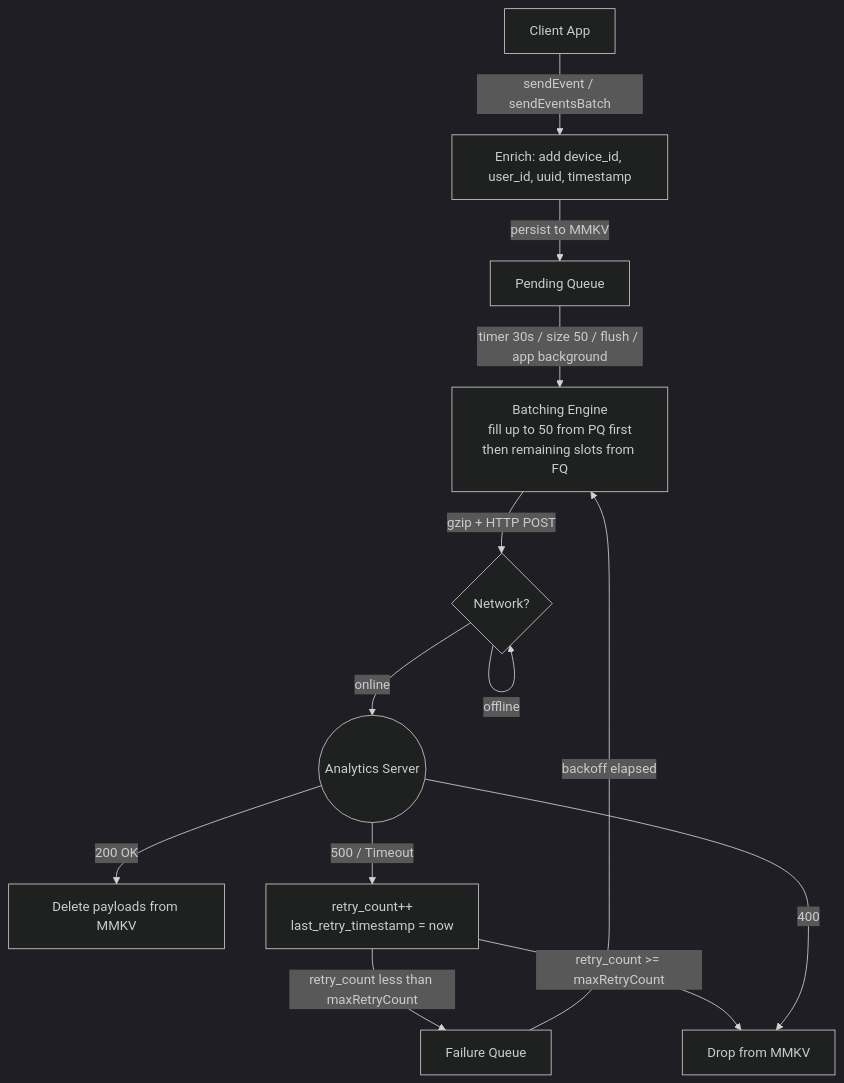
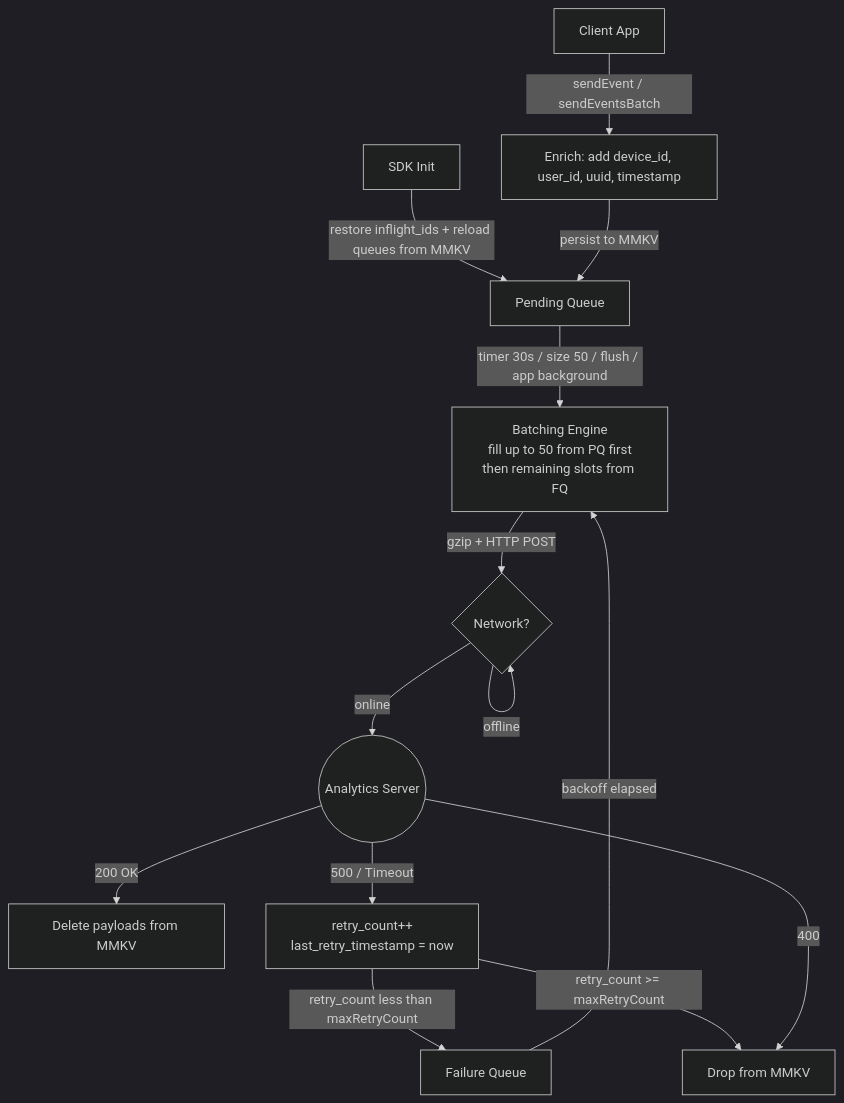
The diagram in GreatFrontend/SystemDesign/DesignAnalyticsSDK.md (shubhamd99/private-learnings), drawn with Mermaid (dark theme) before and after one commit.

Commit message:
design analytics sdk

````diff
--- a/GreatFrontend/SystemDesign/DesignAnalyticsSDK.md
+++ b/GreatFrontend/SystemDesign/DesignAnalyticsSDK.md
@@ -227,20 +227,22 @@
 ```mermaid
 graph TD
+    Init[SDK Init] -->|restore inflight_ids + reload queues from MMKV| PQ[Pending Queue]
+
     App[Client App]
     App -->|sendEvent / sendEventsBatch| Enrich[Enrich: add device_id, user_id, uuid, timestamp]
-    Enrich -->|persist to MMKV| PQ[Pending Queue]
+    Enrich -->|persist to MMKV| PQ
 
     PQ -->|timer 30s / size 50 / flush / app background| Batcher[Batching Engine\nfill up to 50 from PQ first\nthen remaining slots from FQ]
 
     FQ[Failure Queue] -->|backoff elapsed| Batcher
 
     Batcher -->|gzip + HTTP POST| Net{Network?}
     Net -->|offline| Net
     Net -->|online| Srv((Analytics Server))
 
     Srv -->|200 OK| Done[Delete payloads from MMKV]
     Srv -->|500 / Timeout| F[retry_count++\nlast_retry_timestamp = now]
     F -->|retry_count less than maxRetryCount| FQ
     F -->|retry_count >= maxRetryCount| Drop[Drop from MMKV]
     Srv -->|400| Drop
 ```
````
